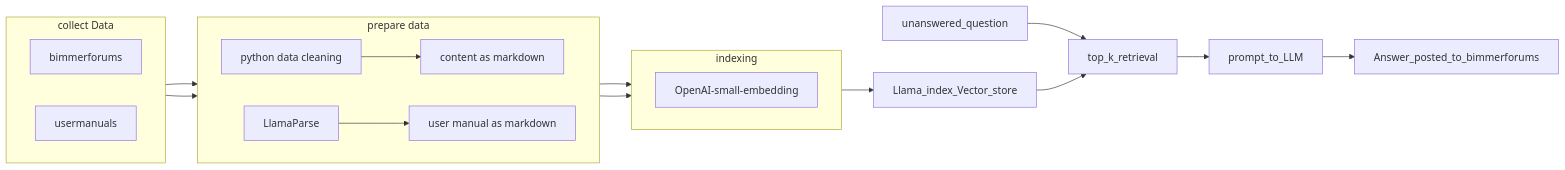
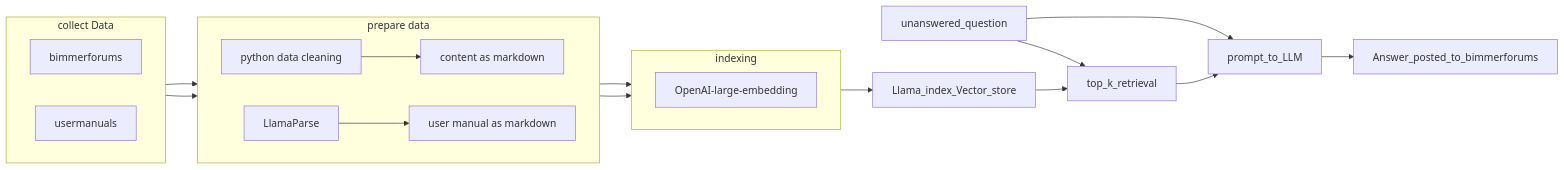
One commit to walkerdustin/BMW_RAG_support_bot changed the diagram in README.md. Above: the diagram before and after it, drawn with Mermaid. The commit also changed other lines of this file, not shown here.

````diff
--- a/README.md
+++ b/README.md
@@ -9,37 +8,37 @@
 ```mermaid
 flowchart LR
 
     subgraph collect Data
     direction LR
         forum[bimmerforums]
         um[usermanuals]
     end
 
     subgraph prepare data
     direction LR
         python[python data cleaning]
         LlamaParse
         python --> content_as_markdown[content as markdown]
         LlamaParse --> user_manual_as_markdown[user manual as markdown]
     end
 
     subgraph indexing
     direction LR
-        embed[OpenAI-small-embedding]
+        embed[OpenAI-large-embedding]
     end
     Llama_index_Vector_store
 
     um --> LlamaParse
     forum --> python
 
     content_as_markdown --> embed
     user_manual_as_markdown --> embed
 
     embed --> Llama_index_Vector_store
 
     unanswered_question --> top_k_retrieval
-
+    unanswered_question --> prompt_to_LLM
     Llama_index_Vector_store --> top_k_retrieval
     top_k_retrieval --> prompt_to_LLM
     prompt_to_LLM --> Answer_posted_to_bimmerforums
 ```
````
